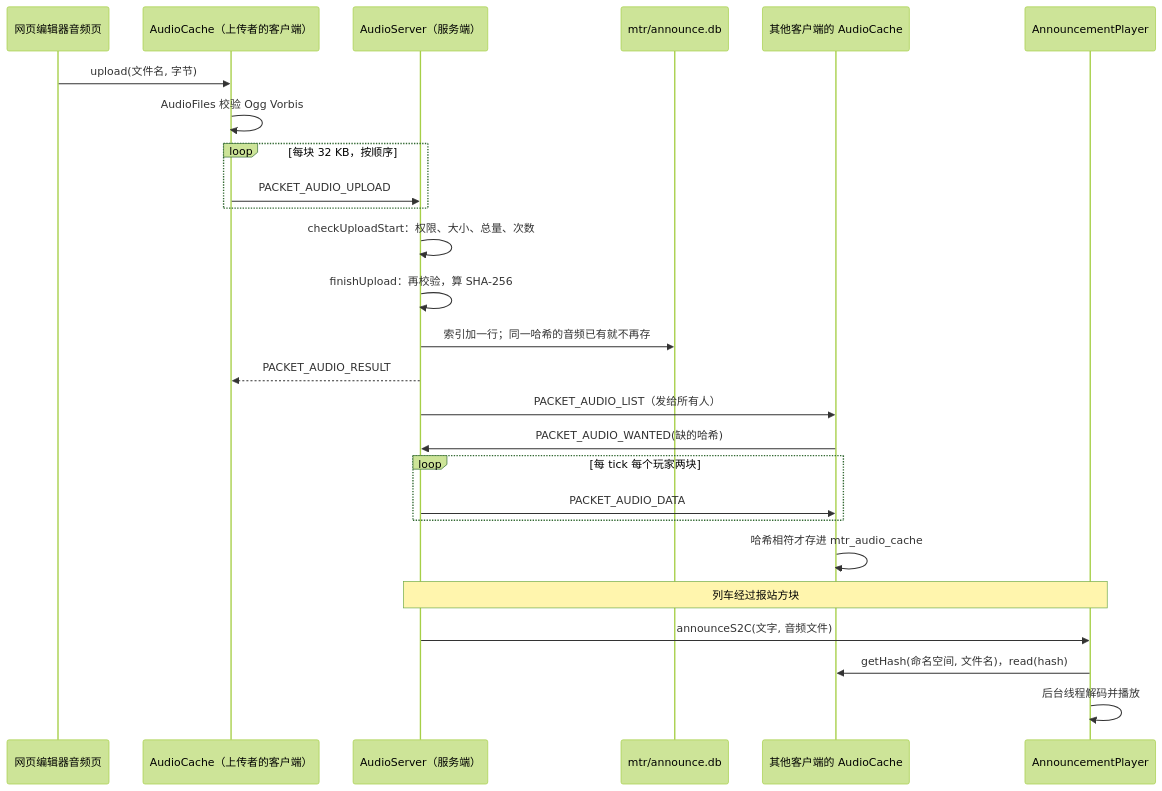
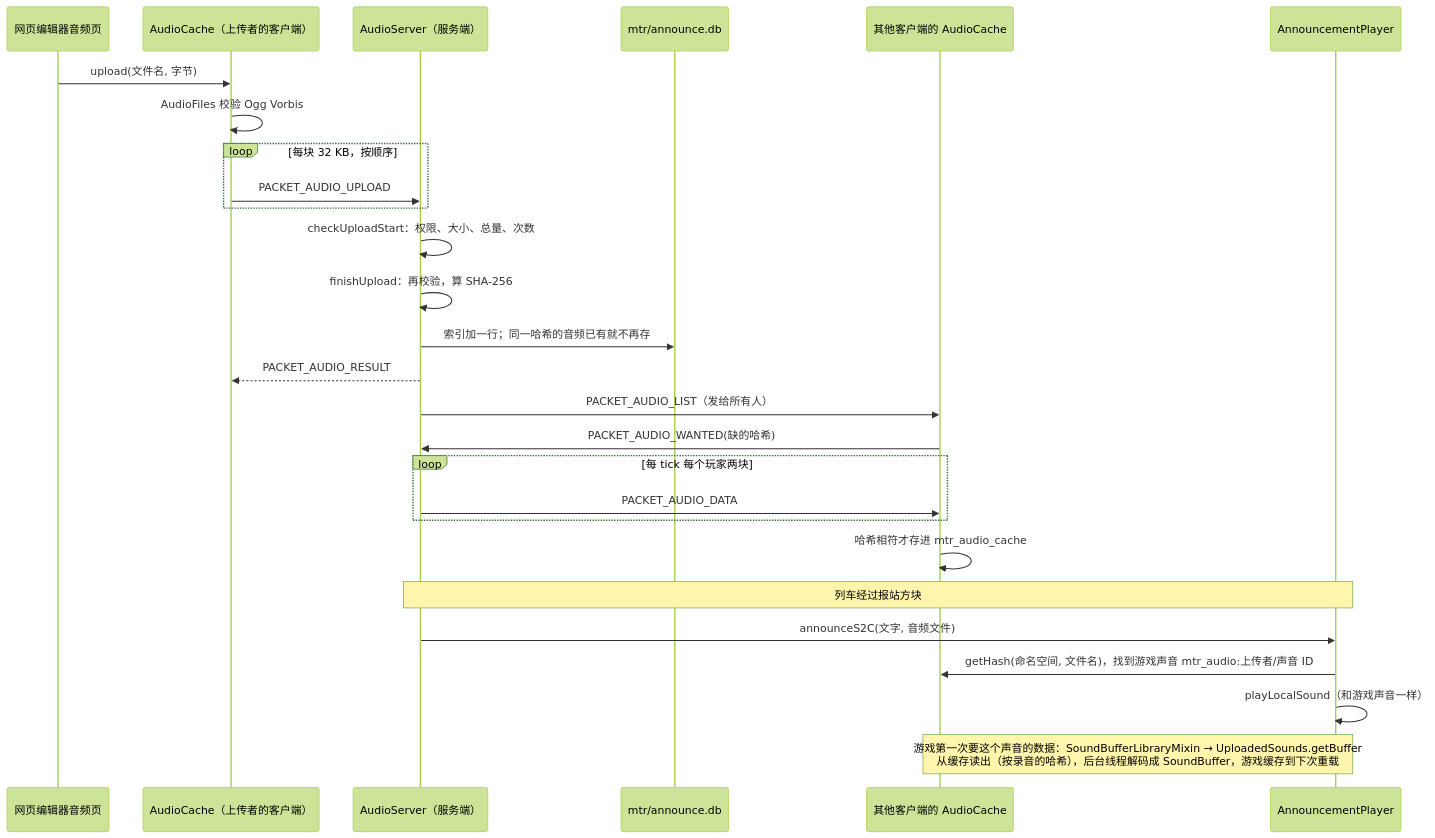
One commit to MitsuhaQuQ/MTR_advanced changed diagram 15 of 15 in MTR-代码说明与流程.md. Above: the diagram before and after it, drawn with Mermaid (forest theme). The commit also changed other lines of this file, not shown here.

First line of the commit message:
Code guide: depot pools and release rules, auto duties, render coordinates, sound IDs, version check

````diff
--- a/MTR-代码说明与流程.md
+++ b/MTR-代码说明与流程.md
@@ -951,28 +973,29 @@
 ```mermaid
 sequenceDiagram
     participant Ed as 网页编辑器音频页
     participant AC as AudioCache（上传者的客户端）
     participant AS as AudioServer（服务端）
     participant DB as mtr/announce.db
     participant OC as 其他客户端的 AudioCache
     participant AP as AnnouncementPlayer
     Ed->>AC: upload(文件名, 字节)
     AC->>AC: AudioFiles 校验 Ogg Vorbis
     loop 每块 32 KB，按顺序
         AC->>AS: PACKET_AUDIO_UPLOAD
     end
     AS->>AS: checkUploadStart：权限、大小、总量、次数
     AS->>AS: finishUpload：再校验，算 SHA-256
     AS->>DB: 索引加一行；同一哈希的音频已有就不再存
     AS-->>AC: PACKET_AUDIO_RESULT
     AS->>OC: PACKET_AUDIO_LIST（发给所有人）
     OC->>AS: PACKET_AUDIO_WANTED(缺的哈希)
     loop 每 tick 每个玩家两块
         AS->>OC: PACKET_AUDIO_DATA
     end
     OC->>OC: 哈希相符才存进 mtr_audio_cache
     Note over AS,AP: 列车经过报站方块
     AS->>AP: announceS2C(文字, 音频文件)
-    AP->>OC: getHash(命名空间, 文件名)，read(hash)
-    AP->>AP: 后台线程解码并播放
+    AP->>OC: getHash(命名空间, 文件名)，找到游戏声音 mtr_audio:上传者/声音 ID
+    AP->>AP: playLocalSound（和游戏声音一样）
+    Note over AP,OC: 游戏第一次要这个声音的数据：SoundBufferLibraryMixin → UploadedSounds.getBuffer<br/>从缓存读出（按录音的哈希），后台线程解码成 SoundBuffer，游戏缓存到下次重载
 ```
````
